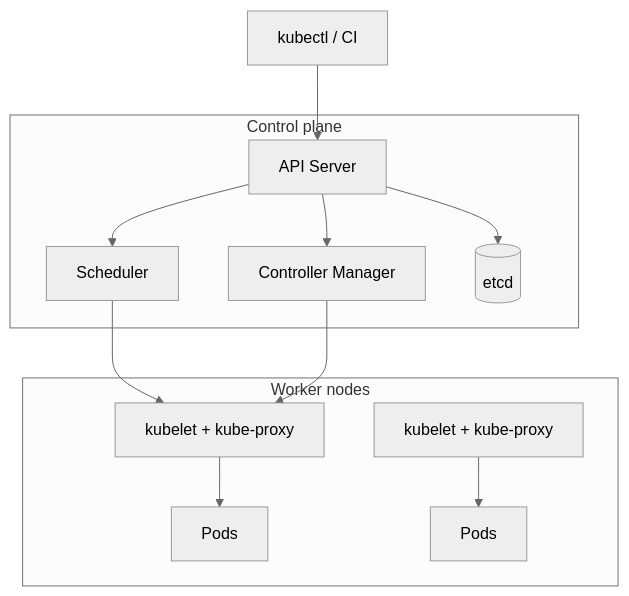
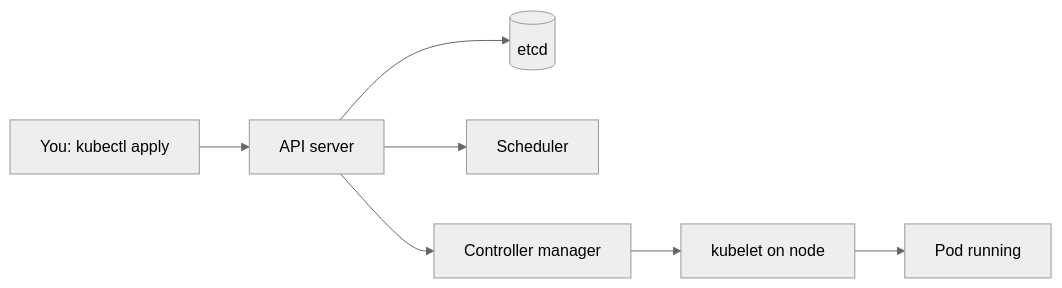
One commit to NestorRendon/Study changed the first of 2 diagrams in interview-vault/16 DevOps CI CD & Kubernetes/06 - Kubernetes Architecture.md. Above: the diagram before and after it, drawn with Mermaid (neutral theme). The commit also changed other lines of this file and 428 other files, not shown here.

````diff
--- a/interview-vault/16 DevOps CI CD & Kubernetes/06 - Kubernetes Architecture.md
+++ b/interview-vault/16 DevOps CI CD & Kubernetes/06 - Kubernetes Architecture.md
@@ -15,23 +21,9 @@
 ```mermaid
-flowchart TB
-    subgraph cp [Control plane]
-        API[API Server]
-        SCH[Scheduler]
-        CM[Controller Manager]
-        ETCD[(etcd)]
-    end
-    subgraph nodes [Worker nodes]
-        N1[kubelet + kube-proxy]
-        N2[kubelet + kube-proxy]
-        P1[Pods]
-        P2[Pods]
-    end
-    USER[kubectl / CI] --> API
-    API --> ETCD
-    API --> SCH
-    API --> CM
-    SCH --> N1
-    CM --> N1
-    N1 --> P1
-    N2 --> P2
+flowchart LR
+    A[You: kubectl apply] --> B[API server]
+    B --> C[(etcd)]
+    B --> D[Scheduler]
+    B --> E[Controller manager]
+    E --> F[kubelet on node]
+    F --> G[Pod running]
 ```
````
